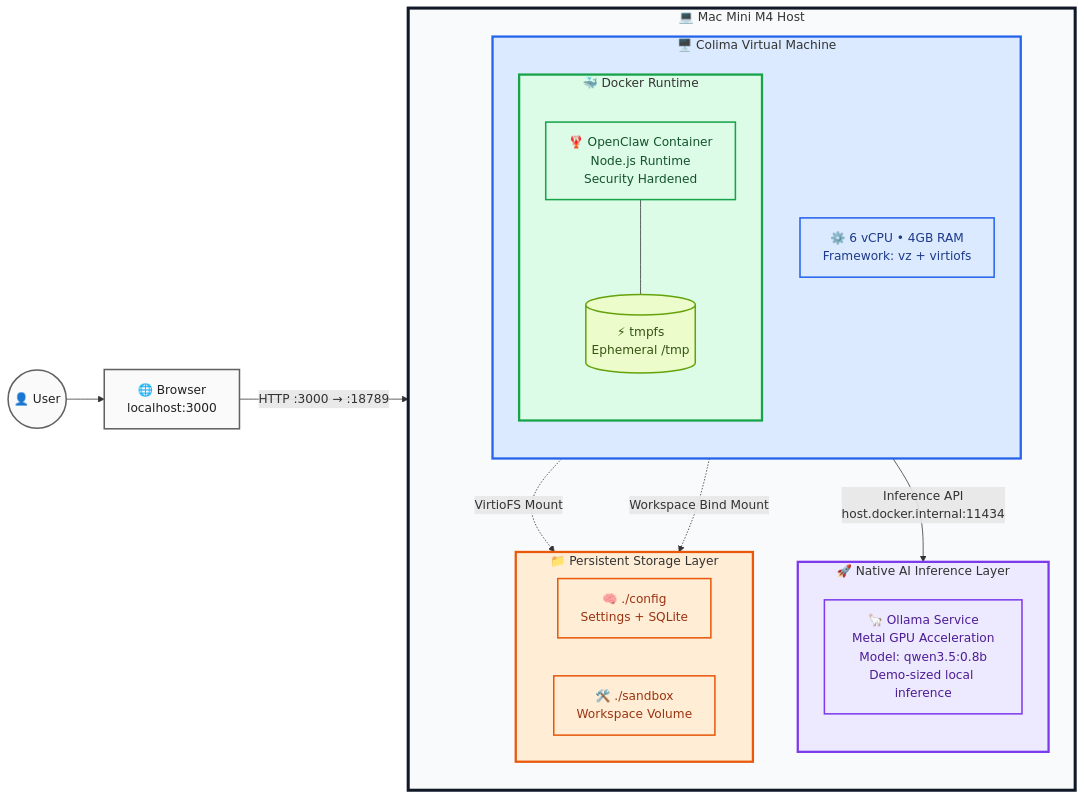
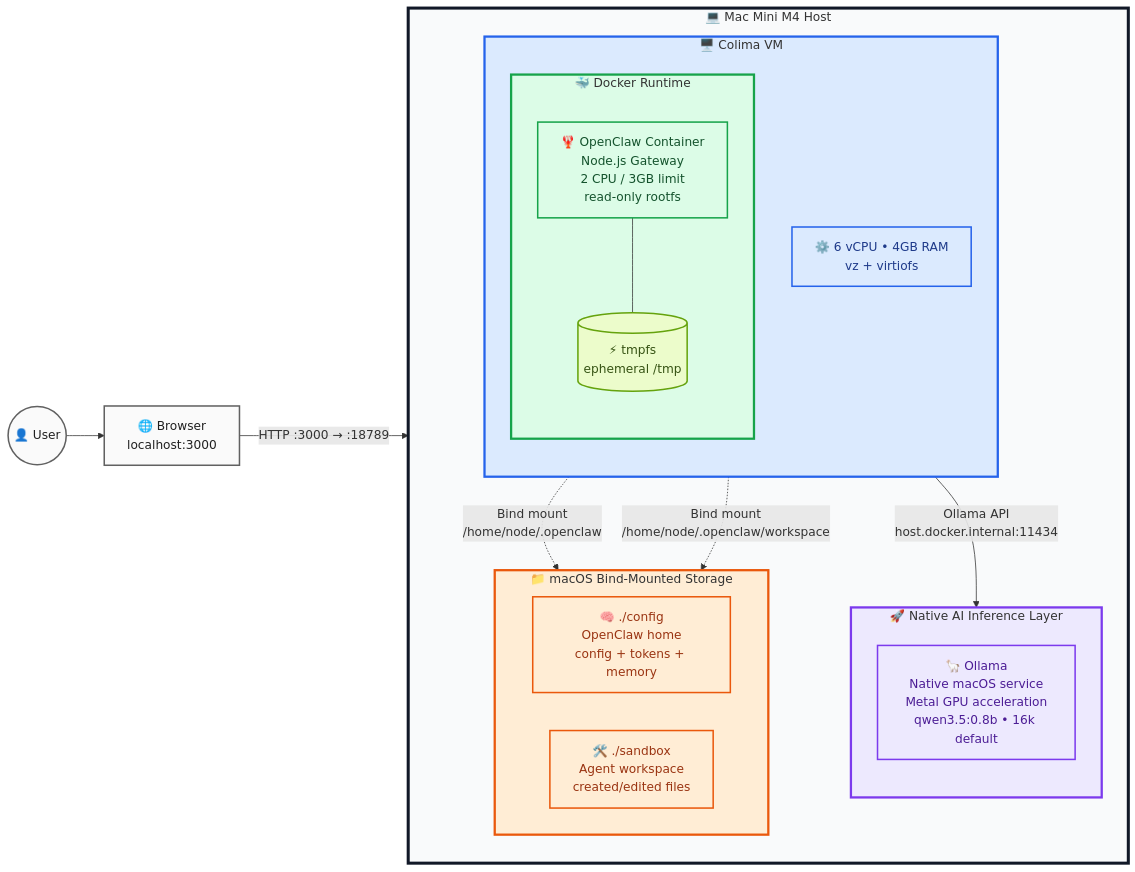
Before and after one commit to cuicaihao/openclaw-sandbox-macos: the diagram in README.md, drawn with Mermaid. The commit also changed other lines of this file and 1 other file, not shown here.

Commit message:
docs: clarify OpenClaw hardware and context guidance

````diff
--- a/README.md
+++ b/README.md
@@ -176,48 +176,48 @@
 ```mermaid
 flowchart LR
     classDef user fill:#fafafa,stroke:#616161,color:#212121,stroke-width:2px;
     classDef host fill:#f3f4f6,stroke:#374151,color:#111827,stroke-width:3px;
     classDef compute fill:#ede9fe,stroke:#7c3aed,color:#4c1d95,stroke-width:2px;
     classDef vm fill:#dbeafe,stroke:#2563eb,color:#1e3a8a,stroke-width:2px;
     classDef docker fill:#dcfce7,stroke:#16a34a,color:#14532d,stroke-width:2px;
     classDef storage fill:#ffedd5,stroke:#ea580c,color:#9a3412,stroke-width:2px;
     classDef tmp fill:#ecfccb,stroke:#65a30d,color:#365314,stroke-width:2px;
 
     User(("👤 User")):::user
     Browser["🌐 Browser<br/>localhost:3000"]:::user
     User --> Browser
 
     subgraph Host["💻 Mac Mini M4 Host"]
         direction TB
         subgraph Compute["🚀 Native AI Inference Layer"]
             direction TB
-            Ollama["🦙 Ollama Service<br/>Metal GPU Acceleration<br/>Model: qwen3.5:0.8b<br/>Demo-sized local inference"]:::compute
+            Ollama["🦙 Ollama<br/>Native macOS service<br/>Metal GPU acceleration<br/>qwen3.5:0.8b • 16k default"]:::compute
         end
-        subgraph VM["🖥️ Colima Virtual Machine"]
+        subgraph VM["🖥️ Colima VM"]
             direction TB
-            VMConfig["⚙️ 6 vCPU • 4GB RAM<br/>Framework: vz + virtiofs"]:::vm
+            VMConfig["⚙️ 6 vCPU • 4GB RAM<br/>vz + virtiofs"]:::vm
             subgraph Docker["🐳 Docker Runtime"]
                 direction TB
-                OpenClaw["🦞 OpenClaw Container<br/>Node.js Runtime<br/>Security Hardened"]:::docker
-                TmpFS[("⚡ tmpfs<br/>Ephemeral /tmp")]:::tmp
+                OpenClaw["🦞 OpenClaw Container<br/>Node.js Gateway<br/>2 CPU / 3GB limit<br/>read-only rootfs"]:::docker
+                TmpFS[("⚡ tmpfs<br/>ephemeral /tmp")]:::tmp
             end
         end
-        subgraph Storage["📁 Persistent Storage Layer"]
+        subgraph Storage["📁 macOS Bind-Mounted Storage"]
             direction LR
-            Config["🧠 ./config<br/>Settings + SQLite"]:::storage
-            Workspace["🛠️ ./sandbox<br/>Workspace Volume"]:::storage
+            Config["🧠 ./config<br/>OpenClaw home<br/>config + tokens + memory"]:::storage
+            Workspace["🛠️ ./sandbox<br/>Agent workspace<br/>created/edited files"]:::storage
         end
     end
 
     Browser -->|"HTTP :3000 → :18789"| OpenClaw
-    OpenClaw -->|"Inference API<br/>host.docker.internal:11434"| Ollama
-    OpenClaw -.->|"VirtioFS Mount"| Config
-    OpenClaw -.->|"Workspace Bind Mount"| Workspace
+    OpenClaw -->|"Ollama API<br/>host.docker.internal:11434"| Ollama
+    OpenClaw -.->|"Bind mount<br/>/home/node/.openclaw"| Config
+    OpenClaw -.->|"Bind mount<br/>/home/node/.openclaw/workspace"| Workspace
     OpenClaw --- TmpFS
 
     style Host fill:#f9fafb,stroke:#111827,stroke-width:4px
     style Compute fill:#ede9fe,stroke:#7c3aed,stroke-width:3px
     style VM fill:#dbeafe,stroke:#2563eb,stroke-width:3px
     style Docker fill:#dcfce7,stroke:#16a34a,stroke-width:3px
     style Storage fill:#ffedd5,stroke:#ea580c,stroke-width:3px
 ```
````
